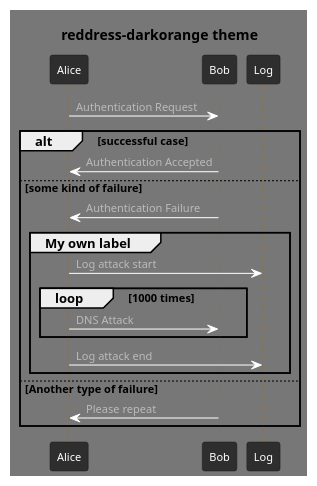
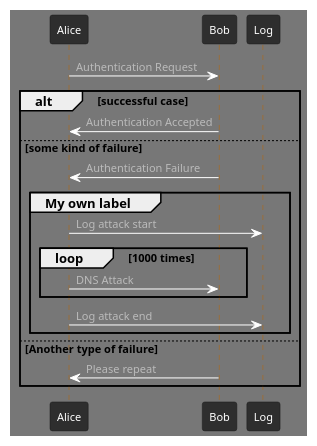
The diagram in gallery/Sequence-Group-reddress-darkorange.puml (The-Lum/puml-themes-gallery), drawn with PlantUML before and after one commit. The commit also changed 1403 other files, not shown here.

```diff
--- a/gallery/Sequence-Group-reddress-darkorange.puml
+++ b/gallery/Sequence-Group-reddress-darkorange.puml
@@ -5,26 +5,25 @@
 @startuml
 !theme reddress-darkorange
-title reddress-darkorange theme
 Alice -> Bob: Authentication Request
 
 alt successful case
 
     Bob -> Alice: Authentication Accepted
 
 else some kind of failure
 
     Bob -> Alice: Authentication Failure
     group My own label
     Alice -> Log : Log attack start
         loop 1000 times
             Alice -> Bob: DNS Attack
         end
     Alice -> Log : Log attack end
     end
 
 else Another type of failure
 
    Bob -> Alice: Please repeat
 
 end
 @enduml
```
